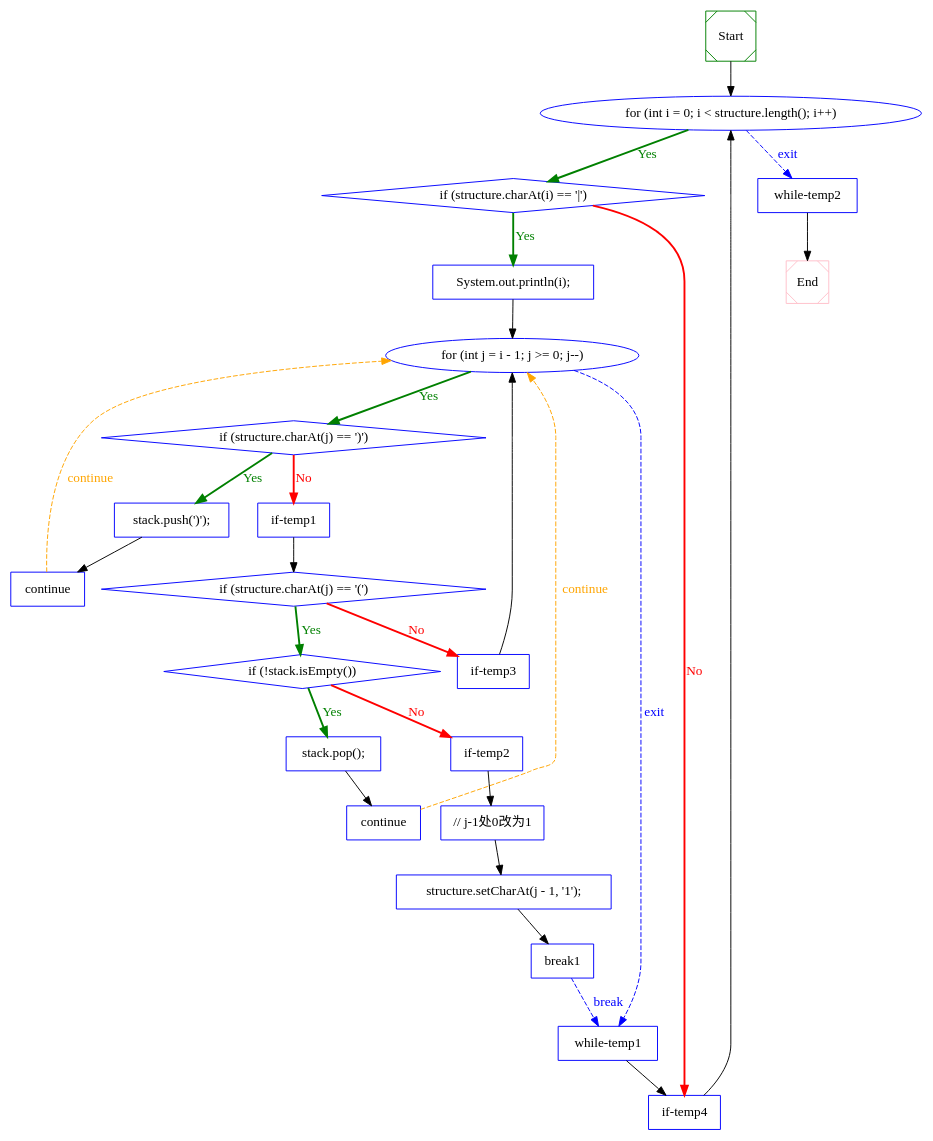
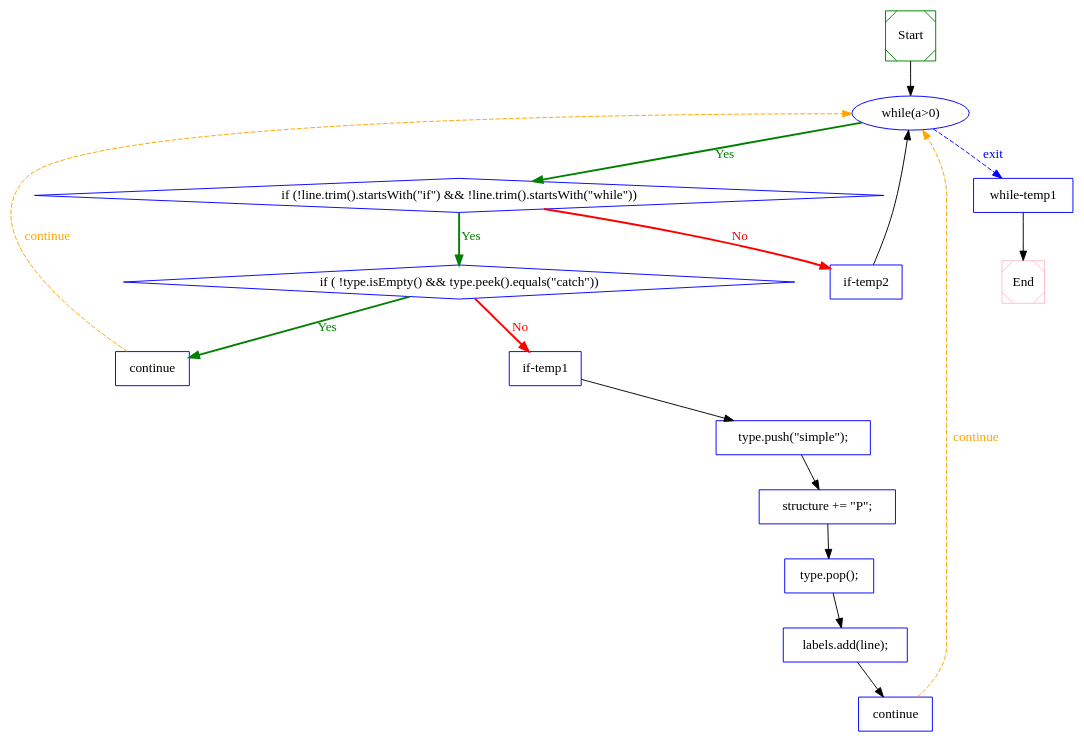
The diagram in out/test.dot (Naplues/Static-Analysis), drawn with Graphviz before and after one commit. The commit also changed 6 other files, not shown here.

Commit message:
while break continue循环调整 Signed-off-by: naplues <naplues@163.com>

```diff
--- a/out/test.dot
+++ b/out/test.dot
@@ -1,73 +1,46 @@
 digraph CFG {
  1  [shape = Msquare, color = green, label = "Start", ]
- 2  [shape = ellipse, color = blue, label = "for (int i = 0; i < structure.length(); i++)", ]
- 3  [shape = diamond, color = blue, label = "if (structure.charAt(i) == '|')", ]
- 4  [shape = box, color = blue, label = "System.out.println(i);", ]
- 5  [shape = ellipse, color = blue, label = "for (int j = i - 1; j >= 0; j--)", ]
- 6  [shape = diamond, color = blue, label = "if (structure.charAt(j) == ')')", ]
- 7  [shape = box, color = blue, label = "stack.push(')');", ]
- 8  [shape = box, color = blue, label = "continue", ]
- 9  [shape = box, color = blue, label = "if-temp1", ]
- 10  [shape = diamond, color = blue, label = "if (structure.charAt(j) == '(')", ]
- 11  [shape = diamond, color = blue, label = "if (!stack.isEmpty())", ]
- 12  [shape = box, color = blue, label = "stack.pop();", ]
- 13  [shape = box, color = blue, label = "continue", ]
- 14  [shape = box, color = blue, label = "if-temp2", ]
- 15  [shape = box, color = blue, label = "// j-1处0改为1", ]
- 16  [shape = box, color = blue, label = "structure.setCharAt(j - 1, '1');", ]
- 17  [shape = box, color = blue, label = "break1", ]
- 18  [shape = box, color = blue, label = "if-temp3", ]
- 19  [shape = box, color = blue, label = "while-temp1", ]
- 20  [shape = box, color = blue, label = "if-temp4", ]
- 21  [shape = box, color = blue, label = "while-temp2", ]
- 22  [shape = Msquare, color = pink, label = "End", ]
+ 2  [shape = ellipse, color = blue, label = "while(a>0)", ]
+ 3  [shape = diamond, color = blue, label = "if (!line.trim().startsWith(\"if\") && !line.trim().startsWith(\"while\"))", ]
+ 4  [shape = diamond, color = blue, label = "if ( !type.isEmpty() && type.peek().equals(\"catch\"))", ]
+ 5  [shape = box, color = blue, label = "continue", ]
+ 6  [shape = box, color = blue, label = "if-temp1", ]
+ 7  [shape = box, color = blue, label = "type.push(\"simple\");", ]
+ 8  [shape = box, color = blue, label = "structure += \"P\";", ]
+ 9  [shape = box, color = blue, label = "type.pop();", ]
+ 10  [shape = box, color = blue, label = "labels.add(line);", ]
+ 11  [shape = box, color = blue, label = "continue", ]
+ 12  [shape = box, color = blue, label = "if-temp2", ]
+ 13  [shape = box, color = blue, label = "while-temp1", ]
+ 14  [shape = Msquare, color = pink, label = "End", ]
  1  ->  2  [style = solid, label="", fillcolor = black, color = black, fontcolor = black]
 
- 2  ->  21  [style = dashed, label="exit", fillcolor = blue, color = blue, fontcolor = blue]
+ 2  ->  13  [style = dashed, label="exit", fillcolor = blue, color = blue, fontcolor = blue]
  2  ->  3  [style = bold, label="Yes", fillcolor = green, color = green, fontcolor = green]
 
- 3  ->  20  [style = bold, label="No", fillcolor = red, color = red, fontcolor = red]
+ 3  ->  12  [style = bold, label="No", fillcolor = red, color = red, fontcolor = red]
  3  ->  4  [style = bold, label="Yes", fillcolor = green, color = green, fontcolor = green]
 
- 4  ->  5  [style = solid, label="", fillcolor = black, color = black, fontcolor = black]
+ 4  ->  6  [style = bold, label="No", fillcolor = red, color = red, fontcolor = red]
+ 4  ->  5  [style = bold, label="Yes", fillcolor = green, color = green, fontcolor = green]
 
- 5  ->  19  [style = dashed, label="exit", fillcolor = blue, color = blue, fontcolor = blue]
- 5  ->  6  [style = bold, label="Yes", fillcolor = green, color = green, fontcolor = green]
+ 5  ->  2  [style = dashed, label="continue", fillcolor = orange, color = orange, fontcolor = orange]
 
- 6  ->  9  [style = bold, label="No", fillcolor = red, color = red, fontcolor = red]
- 6  ->  7  [style = bold, label="Yes", fillcolor = green, color = green, fontcolor = green]
+ 6  ->  7  [style = solid, label="", fillcolor = black, color = black, fontcolor = black]
 
  7  ->  8  [style = solid, label="", fillcolor = black, color = black, fontcolor = black]
 
- 8  ->  5  [style = dashed, label="continue", fillcolor = orange, color = orange, fontcolor = orange]
+ 8  ->  9  [style = solid, label="", fillcolor = black, color = black, fontcolor = black]
 
  9  ->  10  [style = solid, label="", fillcolor = black, color = black, fontcolor = black]
 
- 10  ->  18  [style = bold, label="No", fillcolor = red, color = red, fontcolor = red]
- 10  ->  11  [style = bold, label="Yes", fillcolor = green, color = green, fontcolor = green]
+ 10  ->  11  [style = solid, label="", fillcolor = black, color = black, fontcolor = black]
 
- 11  ->  14  [style = bold, label="No", fillcolor = red, color = red, fontcolor = red]
- 11  ->  12  [style = bold, label="Yes", fillcolor = green, color = green, fontcolor = green]
+ 11  ->  2  [style = dashed, label="continue", fillcolor = orange, color = orange, fontcolor = orange]
 
- 12  ->  13  [style = solid, label="", fillcolor = black, color = black, fontcolor = black]
+ 12  ->  2  [style = solid, label="", fillcolor = black, color = black, fontcolor = black]
 
- 13  ->  5  [style = dashed, label="continue", fillcolor = orange, color = orange, fontcolor = orange]
-
- 14  ->  15  [style = solid, label="", fillcolor = black, color = black, fontcolor = black]
-
- 15  ->  16  [style = solid, label="", fillcolor = black, color = black, fontcolor = black]
-
- 16  ->  17  [style = solid, label="", fillcolor = black, color = black, fontcolor = black]
-
- 17  ->  19  [style = dashed, label="break", fillcolor = blue, color = blue, fontcolor = blue]
-
- 18  ->  5  [style = solid, label="", fillcolor = black, color = black, fontcolor = black]
-
- 19  ->  20  [style = solid, label="", fillcolor = black, color = black, fontcolor = black]
-
- 20  ->  2  [style = solid, label="", fillcolor = black, color = black, fontcolor = black]
-
- 21  ->  22  [style = solid, label="", fillcolor = black, color = black, fontcolor = black]
+ 13  ->  14  [style = solid, label="", fillcolor = black, color = black, fontcolor = black]
 
 
 }
```
